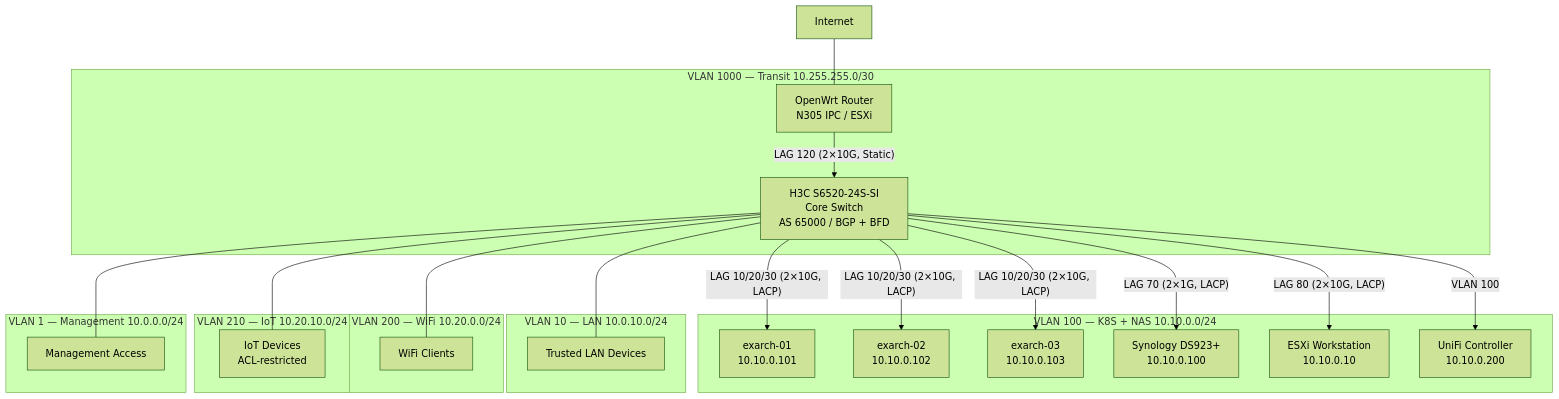
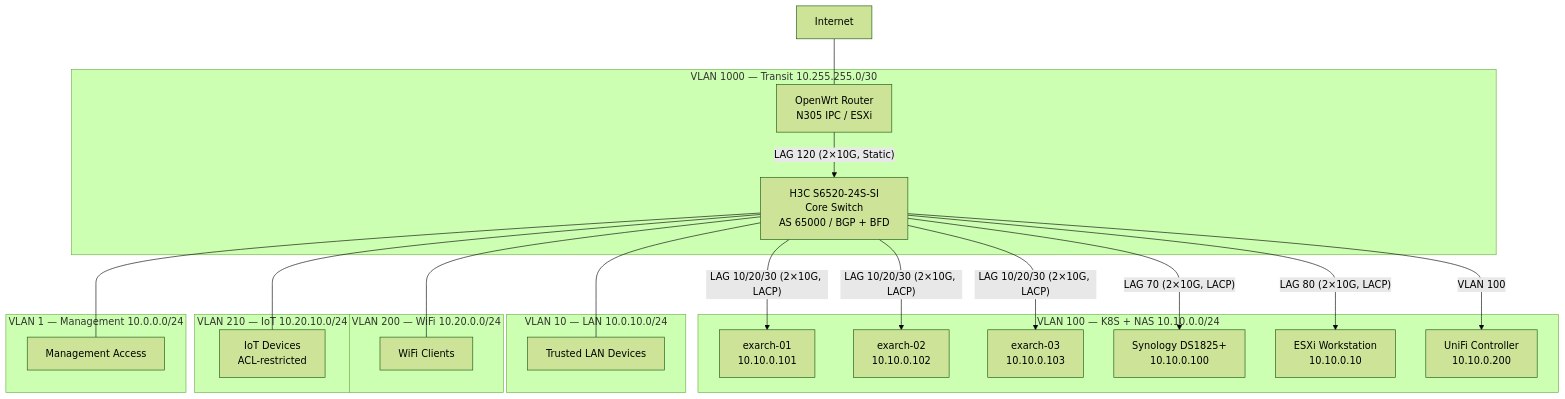
The diagram in docs/infrastructure/networking.md (soulwhisper/home-ops), drawn with Mermaid (forest theme) before and after one commit. The commit also changed other lines of this file and 120 other files, not shown here.

````diff
--- a/docs/infrastructure/networking.md
+++ b/docs/infrastructure/networking.md
@@ -45,43 +45,43 @@
 ```mermaid
 graph TD
     INTERNET["Internet"]
     ROUTER["OpenWrt Router<br/>N305 IPC / ESXi"]
     SWITCH["H3C S6520-24S-SI<br/>Core Switch<br/>AS 65000 / BGP + BFD"]
     NODE1["exarch-01<br/>10.10.0.101"]
     NODE2["exarch-02<br/>10.10.0.102"]
     NODE3["exarch-03<br/>10.10.0.103"]
-    NAS["Synology DS923+<br/>10.10.0.100"]
+    NAS["Synology DS1825+<br/>10.10.0.100"]
     WS["ESXi Workstation<br/>10.10.0.10"]
     UNIFI["UniFi Controller<br/>10.10.0.200"]
 
     INTERNET --- ROUTER
 
     subgraph "VLAN 1000 — Transit 10.255.255.0/30"
         ROUTER -->|"LAG 120 (2×10G, Static)"| SWITCH
     end
 
     subgraph "VLAN 100 — K8S + NAS 10.10.0.0/24"
         SWITCH -->|"LAG 10/20/30 (2×10G, LACP)"| NODE1
         SWITCH -->|"LAG 10/20/30 (2×10G, LACP)"| NODE2
         SWITCH -->|"LAG 10/20/30 (2×10G, LACP)"| NODE3
-        SWITCH -->|"LAG 70 (2×1G, LACP)"| NAS
+        SWITCH -->|"LAG 70 (2×10G, LACP)"| NAS
         SWITCH -->|"LAG 80 (2×10G, LACP)"| WS
         SWITCH -->|"VLAN 100"| UNIFI
     end
 
     subgraph "VLAN 10 — LAN 10.0.10.0/24"
         SWITCH --- LAN["Trusted LAN Devices"]
     end
 
     subgraph "VLAN 200 — WiFi 10.20.0.0/24"
         SWITCH --- WIFI["WiFi Clients"]
     end
 
     subgraph "VLAN 210 — IoT 10.20.10.0/24"
         SWITCH --- IOT["IoT Devices<br/>ACL-restricted"]
     end
 
     subgraph "VLAN 1 — Management 10.0.0.0/24"
         SWITCH --- MGMT["Management Access"]
     end
 ```
````
